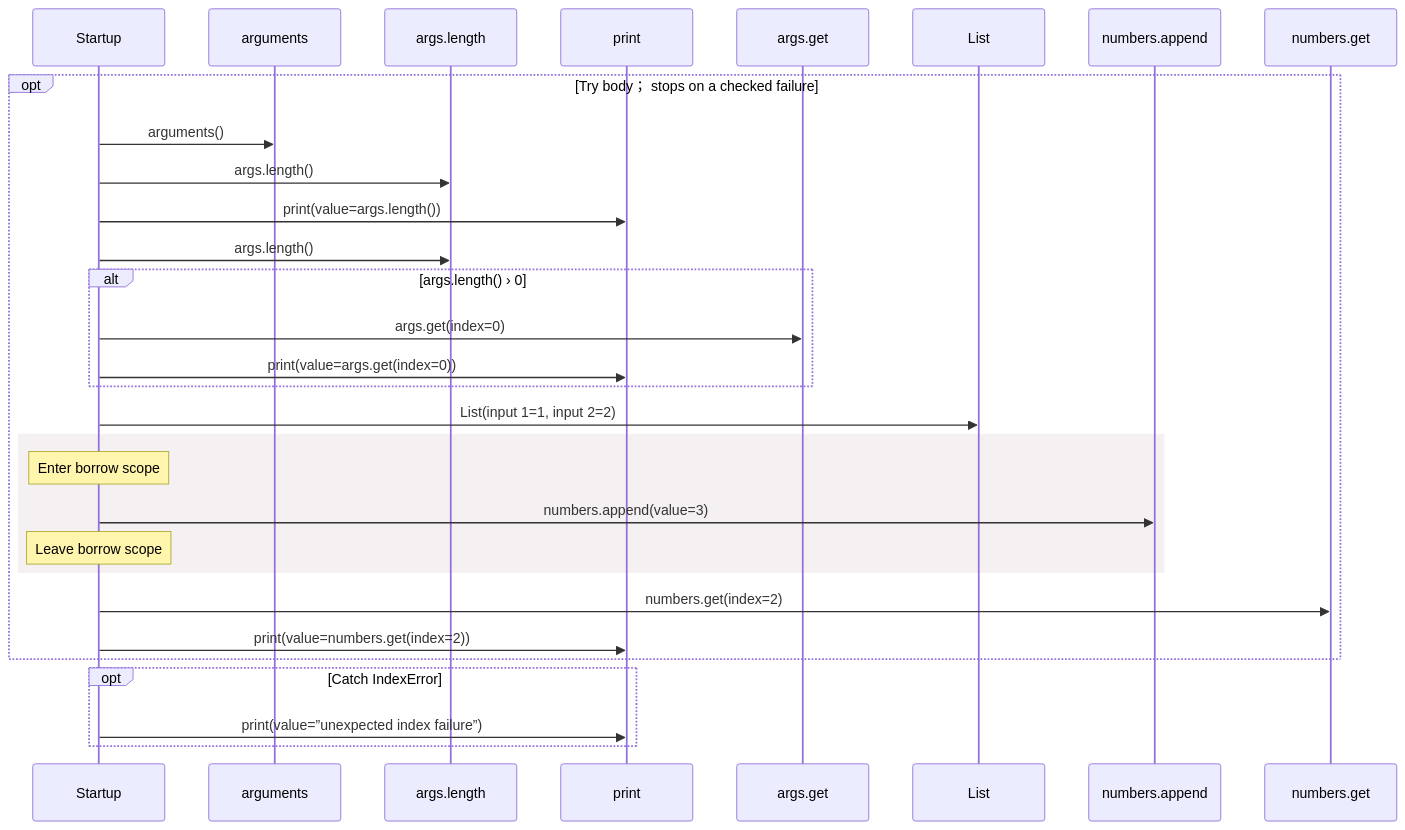
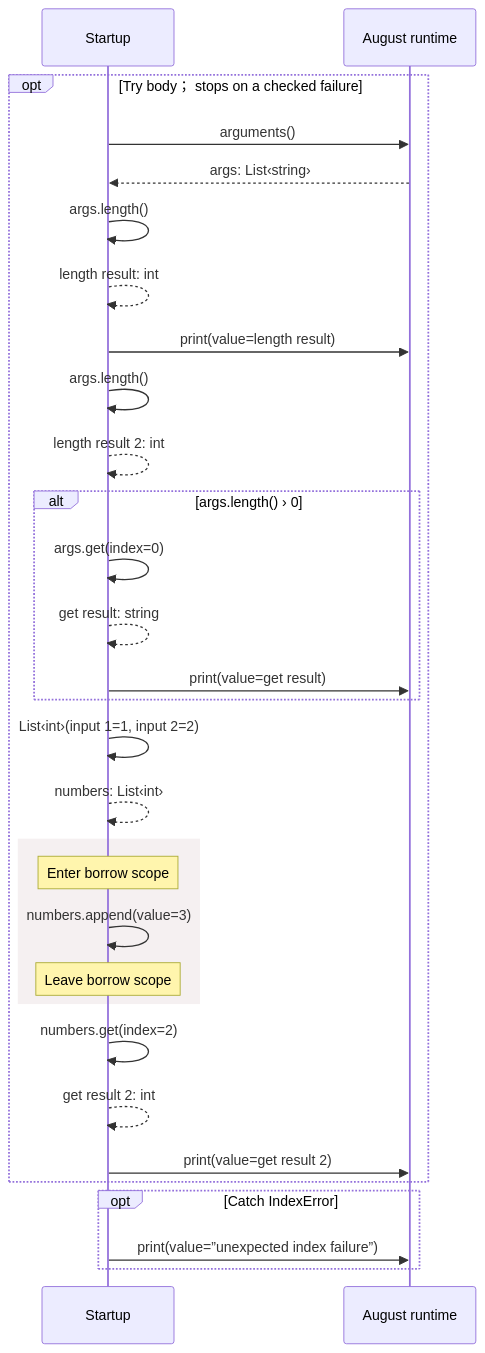
Before and after one commit to GreenPandaStudios/augscript: the diagram in docs/examples/cli-args/main-diagrams.md, drawn with Mermaid. The commit also changed 304 other files, not shown here.

Commit message:
Make generated data-flow sequences concise and review every diagram

````diff
--- a/docs/examples/cli-args/main-diagrams.md
+++ b/docs/examples/cli-args/main-diagrams.md
@@ -28,32 +28,32 @@
 ```mermaid
 sequenceDiagram
     participant p0 as Startup
-    participant p1 as arguments
-    participant p2 as args.length
-    participant p3 as print
-    participant p4 as args.get
-    participant p5 as List
-    participant p6 as numbers.append
-    participant p7 as numbers.get
+    participant p1 as August runtime
     opt Try body； stops on a checked failure
     p0->>p1: arguments()
-    p0->>p2: args.length()
-    p0->>p3: print(value=args.length())
-    p0->>p2: args.length()
+    p1-->>p0: args: List‹string›
+    p0->>p0: args.length()
+    p0-->>p0: length result: int
+    p0->>p1: print(value=length result)
+    p0->>p0: args.length()
+    p0-->>p0: length result 2: int
     alt args.length() › 0
-    p0->>p4: args.get(index=0)
-    p0->>p3: print(value=args.get(index=0))
+    p0->>p0: args.get(index=0)
+    p0-->>p0: get result: string
+    p0->>p1: print(value=get result)
     end
-    p0->>p5: List(input 1=1, input 2=2)
+    p0->>p0: List‹int›(input 1=1, input 2=2)
+    p0-->>p0: numbers: List‹int›
     rect rgb(245, 240, 241)
     Note over p0: Enter borrow scope
-    p0->>p6: numbers.append(value=3)
+    p0->>p0: numbers.append(value=3)
     Note over p0: Leave borrow scope
     end
-    p0->>p7: numbers.get(index=2)
-    p0->>p3: print(value=numbers.get(index=2))
+    p0->>p0: numbers.get(index=2)
+    p0-->>p0: get result 2: int
+    p0->>p1: print(value=get result 2)
     end
     opt Catch IndexError
-    p0->>p3: print(value=”unexpected index failure”)
+    p0->>p1: print(value=”unexpected index failure”)
     end
 ```
````
